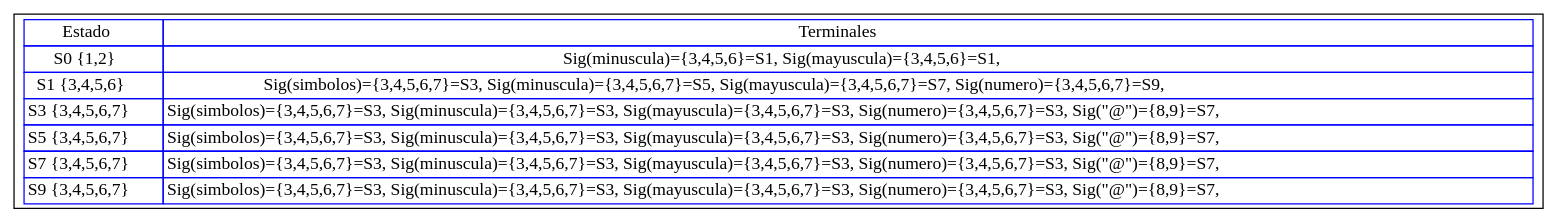
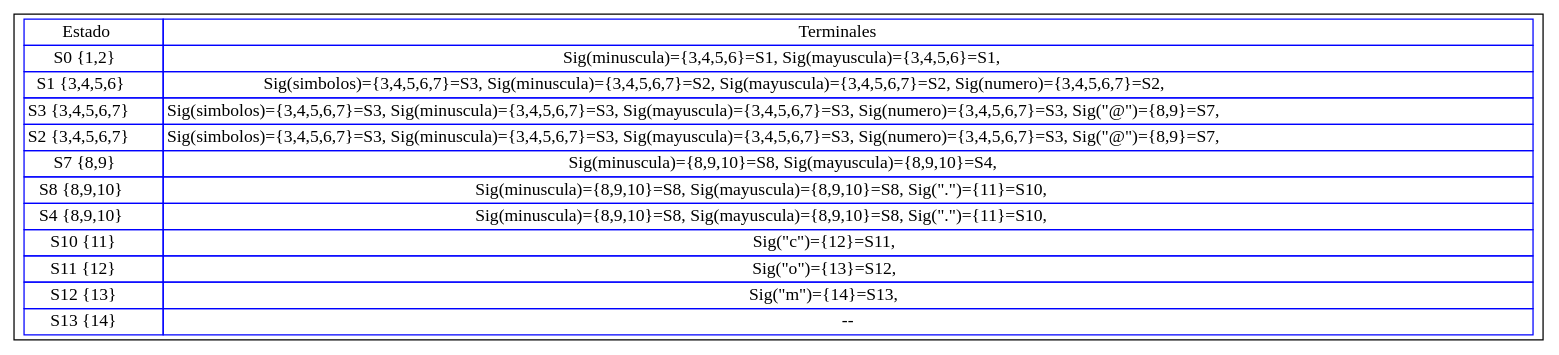
One commit to Racs0XD/-OLC1-Proyecto1_201603028 changed the diagram in Py1_201603028/src/TRANSICIONES_201603028/correoElectronico.dot. Above: the diagram before and after it, drawn with Graphviz. The commit also changed 13 other files, not shown here.

```diff
--- a/Py1_201603028/src/TRANSICIONES_201603028/correoElectronico.dot
+++ b/Py1_201603028/src/TRANSICIONES_201603028/correoElectronico.dot
@@ -1,23 +1,33 @@
 digraph G{
 rankdir=UD
 node[shape=box]
 concentrate=true
 nodo0 [ label =<<table border='0' cellborder='1' color='blue' cellspacing='0'>
 <tr><td>Estado</td><td>Terminales</td></tr>
 
 <tr><td>S0 {1,2}</td><td>Sig(minuscula)={3,4,5,6}=S1, Sig(mayuscula)={3,4,5,6}=S1, </td></tr>
 
-<tr><td>S1 {3,4,5,6}</td><td>Sig(simbolos)={3,4,5,6,7}=S3, Sig(minuscula)={3,4,5,6,7}=S5, Sig(mayuscula)={3,4,5,6,7}=S7, Sig(numero)={3,4,5,6,7}=S9, </td></tr>
+<tr><td>S1 {3,4,5,6}</td><td>Sig(simbolos)={3,4,5,6,7}=S3, Sig(minuscula)={3,4,5,6,7}=S2, Sig(mayuscula)={3,4,5,6,7}=S2, Sig(numero)={3,4,5,6,7}=S2, </td></tr>
 
 <tr><td>S3 {3,4,5,6,7}</td><td>Sig(simbolos)={3,4,5,6,7}=S3, Sig(minuscula)={3,4,5,6,7}=S3, Sig(mayuscula)={3,4,5,6,7}=S3, Sig(numero)={3,4,5,6,7}=S3, Sig("@")={8,9}=S7, </td></tr>
 
-<tr><td>S5 {3,4,5,6,7}</td><td>Sig(simbolos)={3,4,5,6,7}=S3, Sig(minuscula)={3,4,5,6,7}=S3, Sig(mayuscula)={3,4,5,6,7}=S3, Sig(numero)={3,4,5,6,7}=S3, Sig("@")={8,9}=S7, </td></tr>
+<tr><td>S2 {3,4,5,6,7}</td><td>Sig(simbolos)={3,4,5,6,7}=S3, Sig(minuscula)={3,4,5,6,7}=S3, Sig(mayuscula)={3,4,5,6,7}=S3, Sig(numero)={3,4,5,6,7}=S3, Sig("@")={8,9}=S7, </td></tr>
 
-<tr><td>S7 {3,4,5,6,7}</td><td>Sig(simbolos)={3,4,5,6,7}=S3, Sig(minuscula)={3,4,5,6,7}=S3, Sig(mayuscula)={3,4,5,6,7}=S3, Sig(numero)={3,4,5,6,7}=S3, Sig("@")={8,9}=S7, </td></tr>
+<tr><td>S7 {8,9}</td><td>Sig(minuscula)={8,9,10}=S8, Sig(mayuscula)={8,9,10}=S4, </td></tr>
 
-<tr><td>S9 {3,4,5,6,7}</td><td>Sig(simbolos)={3,4,5,6,7}=S3, Sig(minuscula)={3,4,5,6,7}=S3, Sig(mayuscula)={3,4,5,6,7}=S3, Sig(numero)={3,4,5,6,7}=S3, Sig("@")={8,9}=S7, </td></tr>
+<tr><td>S8 {8,9,10}</td><td>Sig(minuscula)={8,9,10}=S8, Sig(mayuscula)={8,9,10}=S8, Sig(".")={11}=S10, </td></tr>
+
+<tr><td>S4 {8,9,10}</td><td>Sig(minuscula)={8,9,10}=S8, Sig(mayuscula)={8,9,10}=S8, Sig(".")={11}=S10, </td></tr>
+
+<tr><td>S10 {11}</td><td>Sig("c")={12}=S11, </td></tr>
+
+<tr><td>S11 {12}</td><td>Sig("o")={13}=S12, </td></tr>
+
+<tr><td>S12 {13}</td><td>Sig("m")={14}=S13, </td></tr>
+
+<tr><td>S13 {14}</td><td>--</td></tr>
 
 </table>
 >];
 
 }
```
